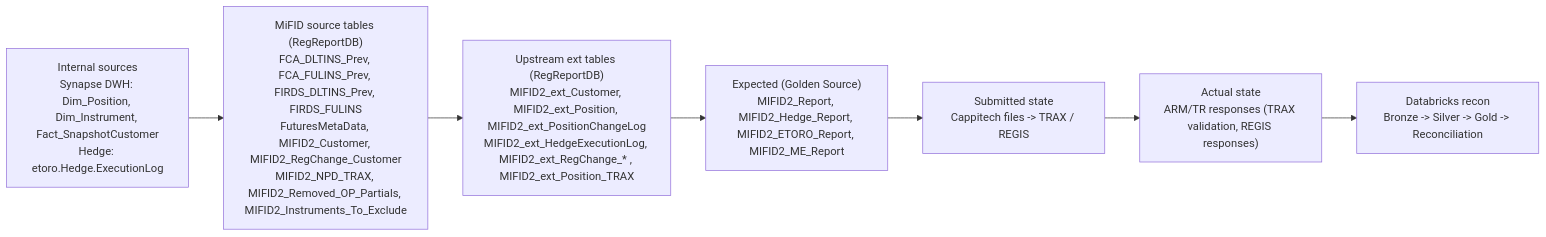
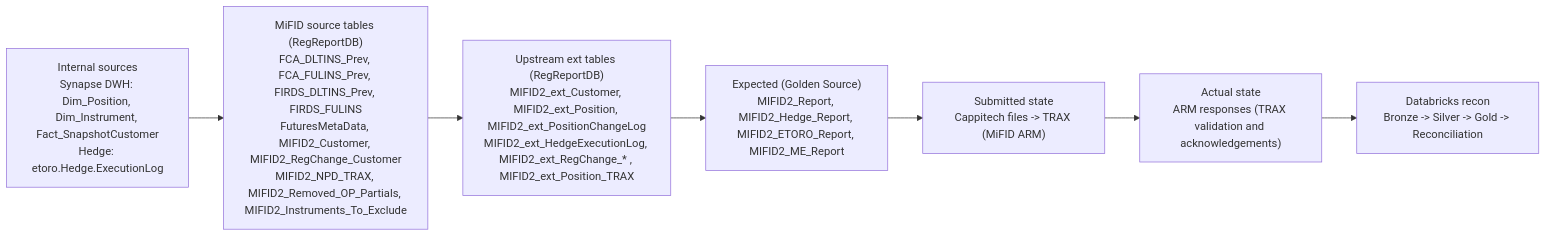
One commit to valentinosko-hub/RegTech changed the first of 8 diagrams in regtech-automation-project/diagrams/reporting-model-data-source-flows.md. Above: the diagram before and after it, drawn with Mermaid. The commit also changed other lines of this file and 14 other files, not shown here.

Commit message:
Clarify MiFID ARM vs EMIR/ASIC TR taxonomy across diagrams

````diff
--- a/regtech-automation-project/diagrams/reporting-model-data-source-flows.md
+++ b/regtech-automation-project/diagrams/reporting-model-data-source-flows.md
@@ -7,12 +7,12 @@
 ```mermaid
 flowchart LR
   A["Internal sources<br/>Synapse DWH: Dim_Position, Dim_Instrument, Fact_SnapshotCustomer<br/>Hedge: etoro.Hedge.ExecutionLog"]
   B["MiFID source tables (RegReportDB)<br/>FCA_DLTINS_Prev, FCA_FULINS_Prev, FIRDS_DLTINS_Prev, FIRDS_FULINS<br/>FuturesMetaData, MIFID2_Customer, MIFID2_RegChange_Customer<br/>MIFID2_NPD_TRAX, MIFID2_Removed_OP_Partials, MIFID2_Instruments_To_Exclude"]
   C["Upstream ext tables (RegReportDB)<br/>MIFID2_ext_Customer, MIFID2_ext_Position, MIFID2_ext_PositionChangeLog<br/>MIFID2_ext_HedgeExecutionLog, MIFID2_ext_RegChange_* , MIFID2_ext_Position_TRAX"]
   D["Expected (Golden Source)<br/>MIFID2_Report, MIFID2_Hedge_Report, MIFID2_ETORO_Report, MIFID2_ME_Report"]
-  E["Submitted state<br/>Cappitech files -> TRAX / REGIS"]
-  F["Actual state<br/>ARM/TR responses (TRAX validation, REGIS responses)"]
+  E["Submitted state<br/>Cappitech files -> TRAX (MiFID ARM)"]
+  F["Actual state<br/>ARM responses (TRAX validation and acknowledgements)"]
   G["Databricks recon<br/>Bronze -> Silver -> Gold -> Reconciliation"]
 
   A --> B --> C --> D --> E --> F --> G
 ```
````
